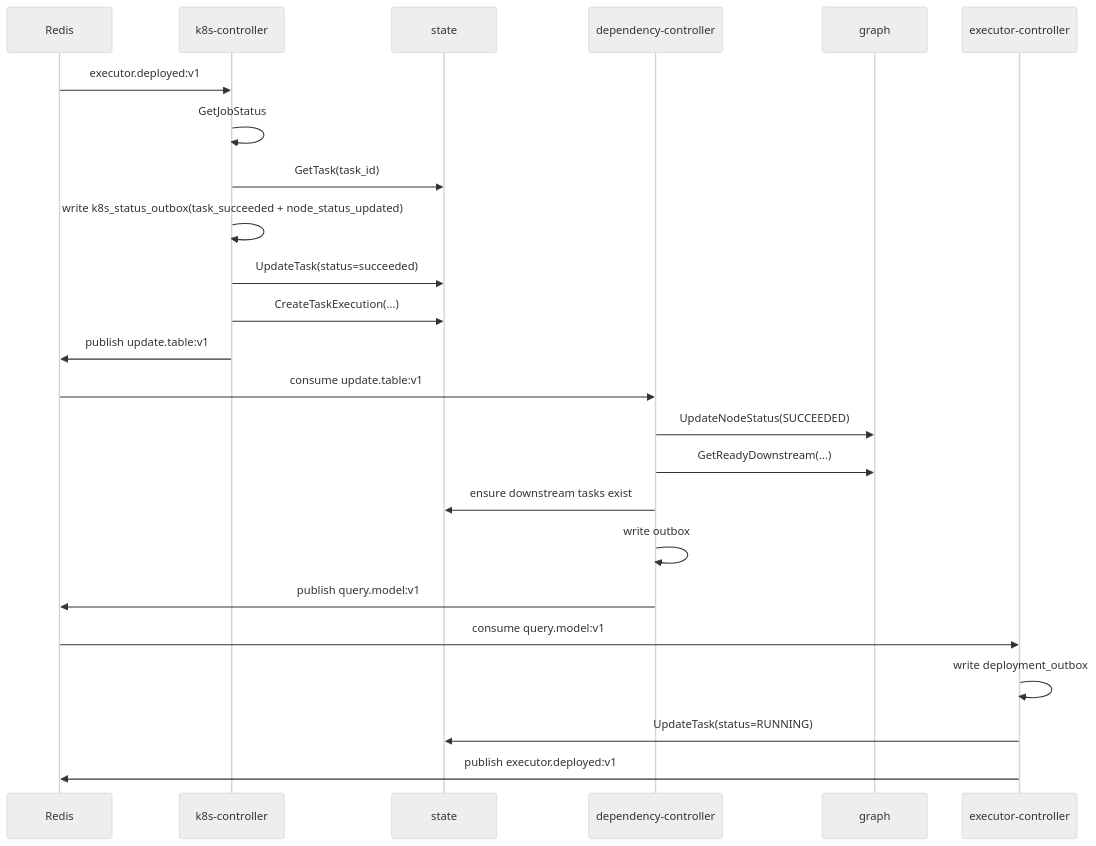
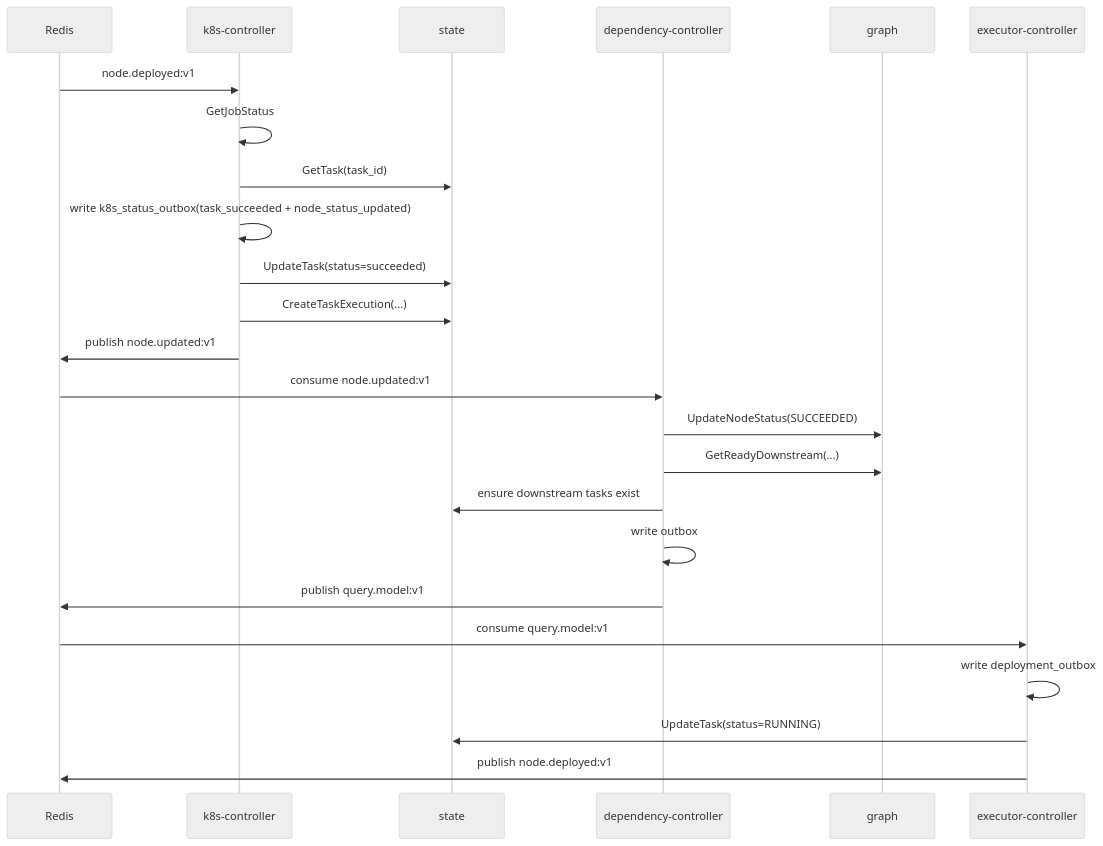
One commit to carolsimone/continuo changed the second of 5 diagrams in docs/arch/03-sequence-flows.md. Above: the diagram before and after it, drawn with Mermaid (neutral theme). The commit also changed other lines of this file and 39 other files, not shown here.

````diff
--- a/docs/arch/03-sequence-flows.md
+++ b/docs/arch/03-sequence-flows.md
@@ -37,29 +37,29 @@
 ```mermaid
 sequenceDiagram
   participant R as Redis
   participant KC as k8s-controller
   participant ST as state
   participant DC as dependency-controller
   participant GR as graph
   participant EC as executor-controller
 
-  R->>KC: executor.deployed:v1
+  R->>KC: node.deployed:v1
   KC->>KC: GetJobStatus
   KC->>ST: GetTask(task_id)
   KC->>KC: write k8s_status_outbox(task_succeeded + node_status_updated)
   KC->>ST: UpdateTask(status=succeeded)
   KC->>ST: CreateTaskExecution(...)
-  KC->>R: publish update.table:v1
+  KC->>R: publish node.updated:v1
 
-  R->>DC: consume update.table:v1
+  R->>DC: consume node.updated:v1
   DC->>GR: UpdateNodeStatus(SUCCEEDED)
   DC->>GR: GetReadyDownstream(...)
   DC->>ST: ensure downstream tasks exist
   DC->>DC: write outbox
   DC->>R: publish query.model:v1
 
   R->>EC: consume query.model:v1
   EC->>EC: write deployment_outbox
   EC->>ST: UpdateTask(status=RUNNING)
-  EC->>R: publish executor.deployed:v1
+  EC->>R: publish node.deployed:v1
 ```
````
